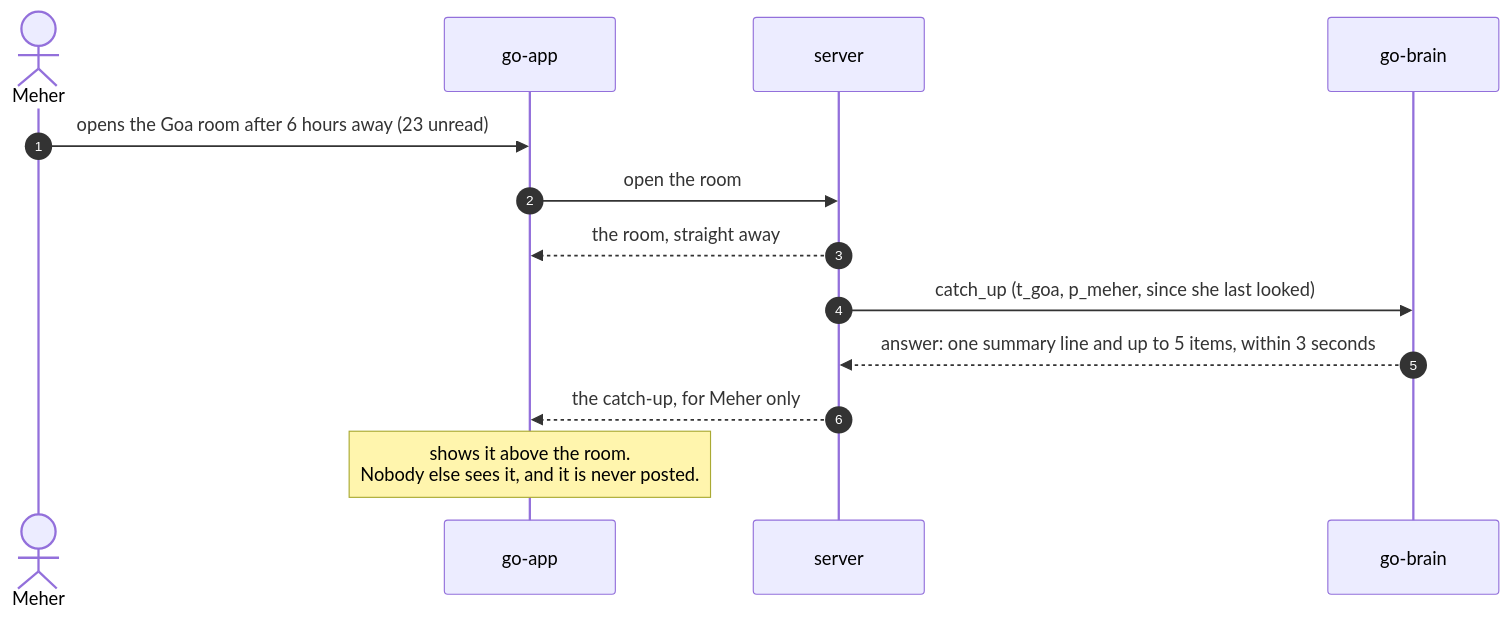
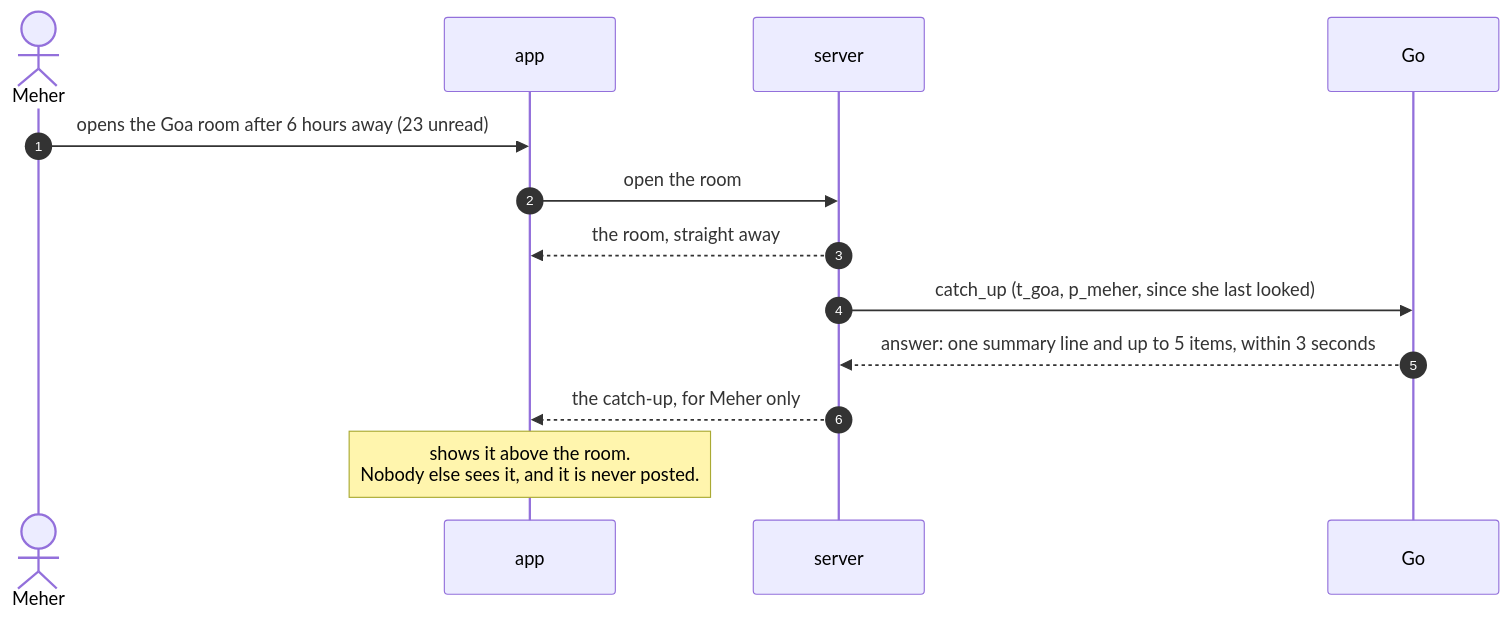
Before and after one commit to vestra-ai/go-brain: the sixth of 8 diagrams in docs/guide/09-flows.md, drawn with Mermaid. The commit also changed other lines of this file and 37 other files, not shown here.

First line of the commit message:
docs: the three parts are the app, the server and Go; inside Go

````diff
--- a/docs/guide/09-flows.md
+++ b/docs/guide/09-flows.md
@@ -200,15 +200,15 @@
 ```mermaid
 sequenceDiagram
   autonumber
   actor Meher
-  participant app as go-app
+  participant app as app
   participant server as server
-  participant brain as go-brain
+  participant go as Go
   Meher->>app: opens the Goa room after 6 hours away (23 unread)
   app->>server: open the room
   server-->>app: the room, straight away
-  server->>brain: catch_up (t_goa, p_meher, since she last looked)
-  brain-->>server: answer: one summary line and up to 5 items, within 3 seconds
+  server->>go: catch_up (t_goa, p_meher, since she last looked)
+  go-->>server: answer: one summary line and up to 5 items, within 3 seconds
   server-->>app: the catch-up, for Meher only
   Note over app: shows it above the room.<br/>Nobody else sees it, and it is never posted.
 ```
````
